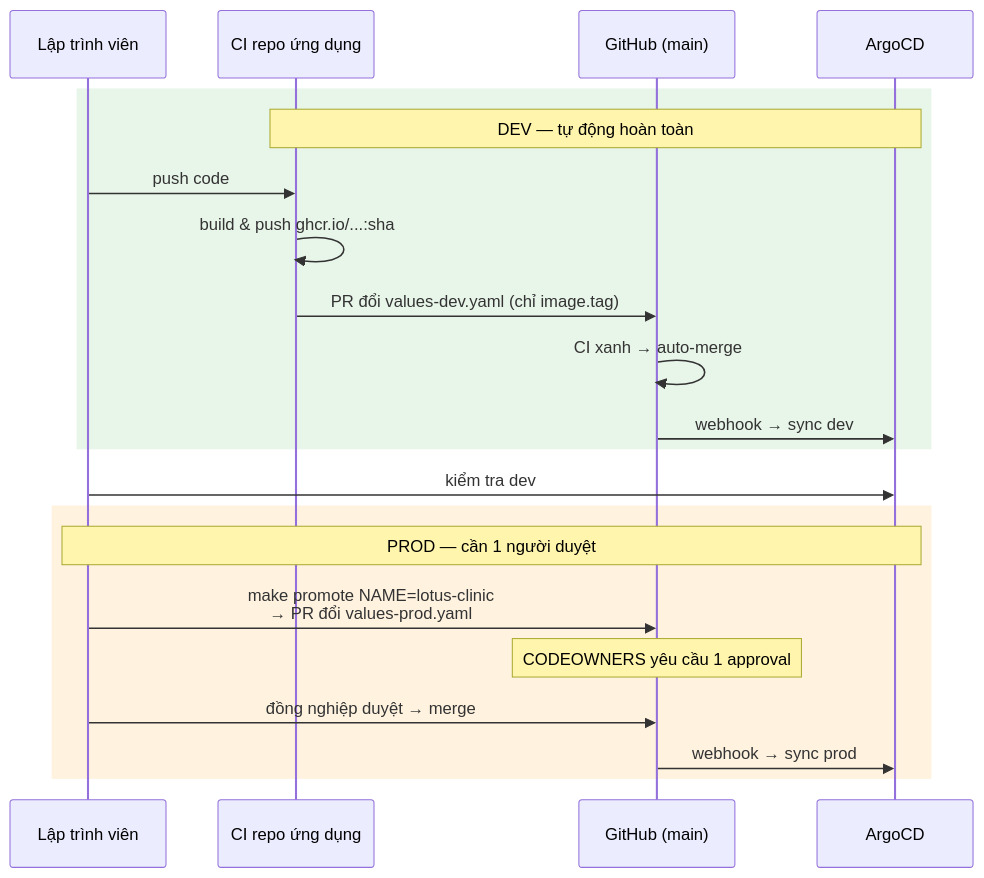
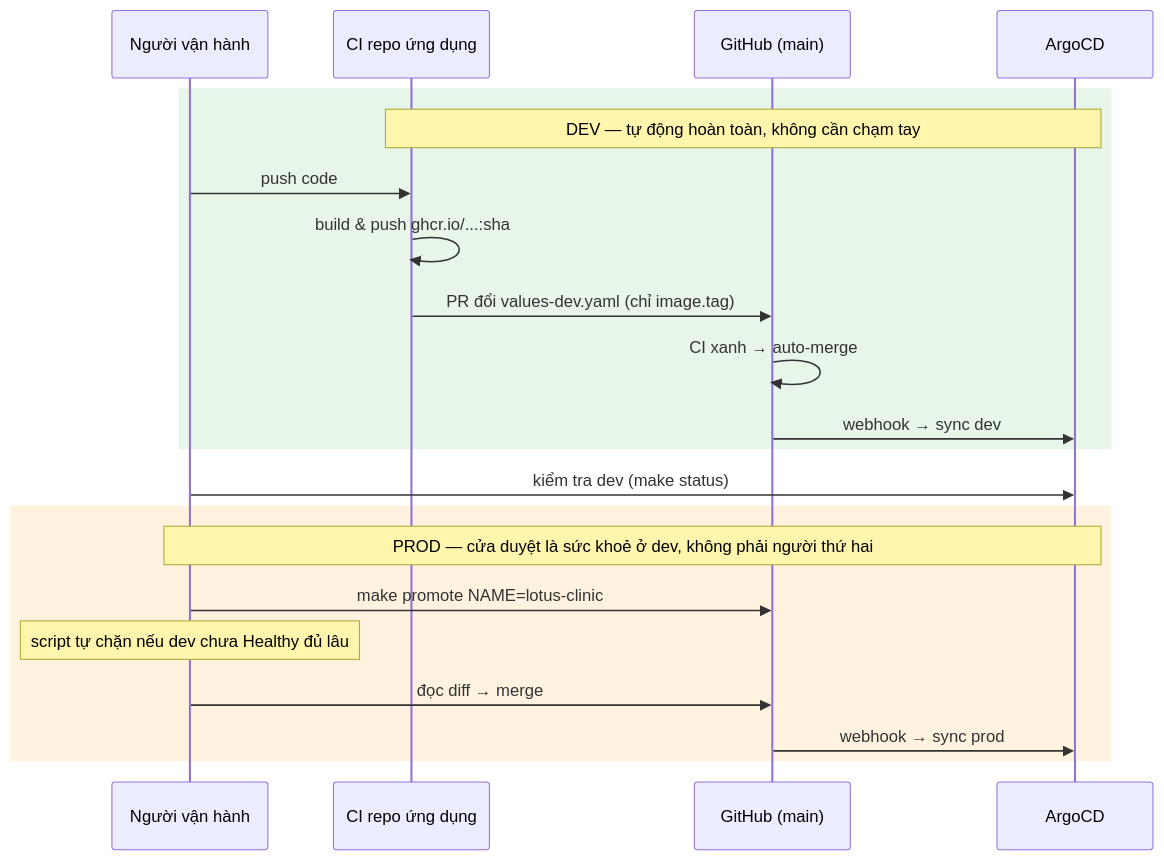
One commit to hunho247/HNQ-Infra changed the fourth of 5 diagrams in docs/REFACTOR_PLAN.md. Above: the diagram before and after it, drawn with Mermaid. The commit also changed other lines of this file and 4 other files, not shown here.

````diff
--- a/docs/REFACTOR_PLAN.md
+++ b/docs/REFACTOR_PLAN.md
@@ -495,26 +607,26 @@
 ```mermaid
 sequenceDiagram
-  participant D as Lập trình viên
+  participant D as Người vận hành
   participant CI as CI repo ứng dụng
   participant GH as GitHub (main)
   participant A as ArgoCD
 
   rect rgb(232, 245, 233)
-  Note over CI,A: DEV — tự động hoàn toàn
+  Note over CI,A: DEV — tự động hoàn toàn, không cần chạm tay
   D->>CI: push code
   CI->>CI: build & push ghcr.io/...:sha
   CI->>GH: PR đổi values-dev.yaml (chỉ image.tag)
   GH->>GH: CI xanh → auto-merge
   GH->>A: webhook → sync dev
   end
 
-  D->>A: kiểm tra dev
+  D->>A: kiểm tra dev (make status)
 
   rect rgb(255, 243, 224)
-  Note over D,A: PROD — cần 1 người duyệt
-  D->>GH: make promote NAME=lotus-clinic<br/>→ PR đổi values-prod.yaml
-  Note over GH: CODEOWNERS yêu cầu 1 approval
-  D->>GH: đồng nghiệp duyệt → merge
+  Note over D,A: PROD — cửa duyệt là sức khoẻ ở dev, không phải người thứ hai
+  D->>GH: make promote NAME=lotus-clinic
+  Note over D: script tự chặn nếu dev chưa Healthy đủ lâu
+  D->>GH: đọc diff → merge
   GH->>A: webhook → sync prod
   end
 ```
````
